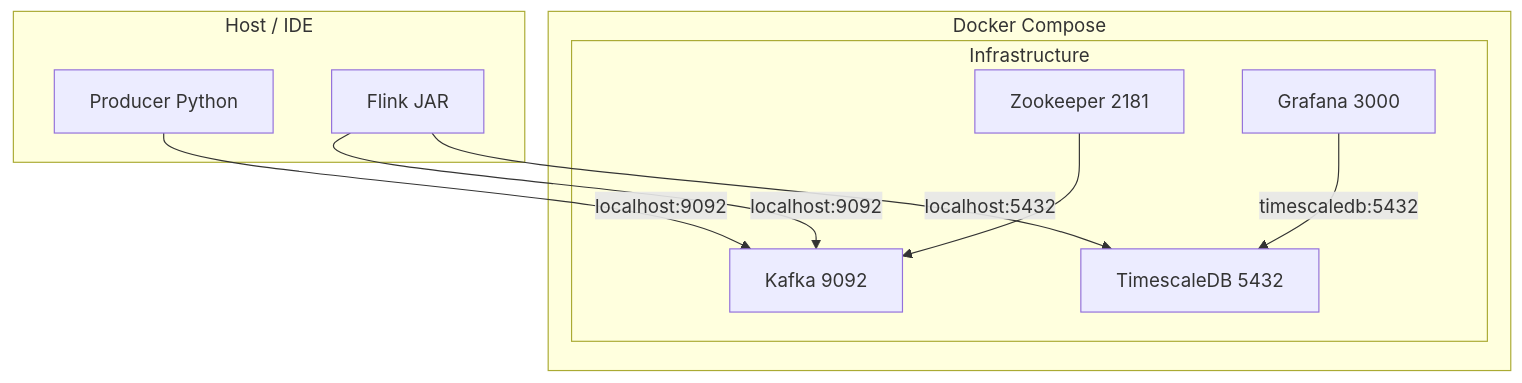
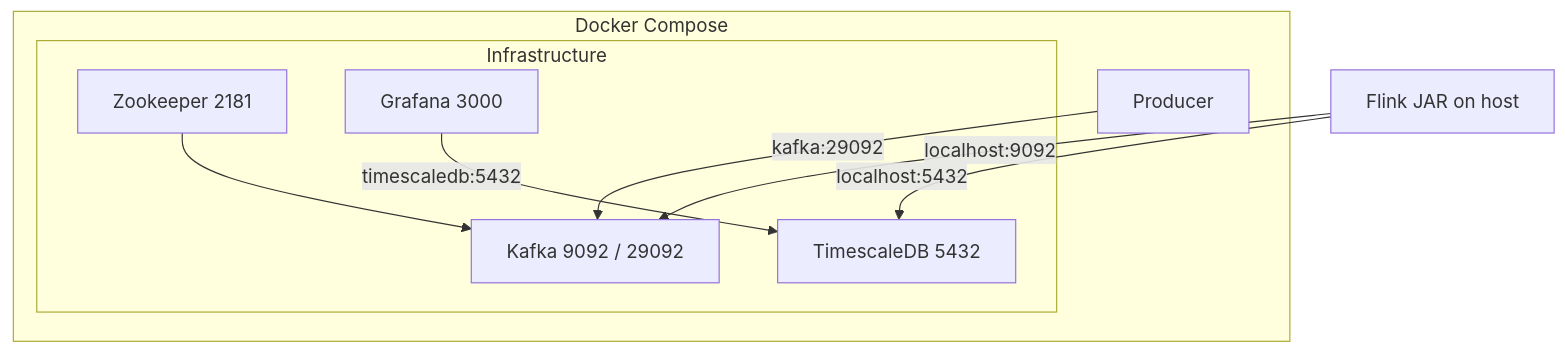
One commit to Diiisdead/Realtime-Crypto-Pipeline changed the fifth of 5 diagrams in ARCHITECTURE.md. Above: the diagram before and after it, drawn with Mermaid. The commit also changed other lines of this file and 8 other files, not shown here.

Commit message:
docs: add the architecture diagram for docs

````diff
--- a/ARCHITECTURE.md
+++ b/ARCHITECTURE.md
@@ -119,22 +134,18 @@
 ```mermaid
 flowchart TB
   subgraph docker [Docker Compose]
     subgraph infra [Infrastructure]
       ZK[Zookeeper 2181]
-      Kafka[Kafka 9092]
+      Kafka[Kafka 9092 / 29092]
       TSDB[TimescaleDB 5432]
       Grafana[Grafana 3000]
     end
+    Producer[Producer]
     ZK --> Kafka
   end
 
-  subgraph host [Host / IDE]
-    ProducerApp[Producer Python]
-    FlinkJob[Flink JAR]
-  end
-
-  ProducerApp -->|localhost:9092| Kafka
-  FlinkJob -->|localhost:9092| Kafka
+  Producer -->|kafka:29092| Kafka
+  FlinkJob[Flink JAR on host] -->|localhost:9092| Kafka
   FlinkJob -->|localhost:5432| TSDB
   Grafana -->|timescaledb:5432| TSDB
 ```
````
